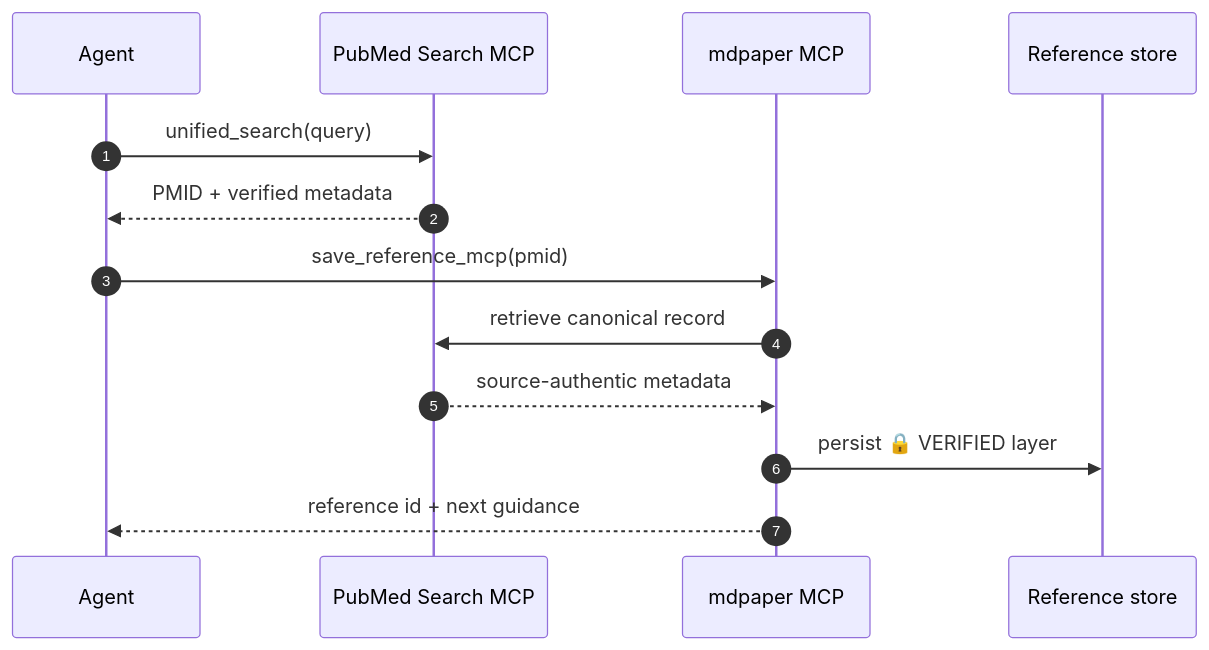
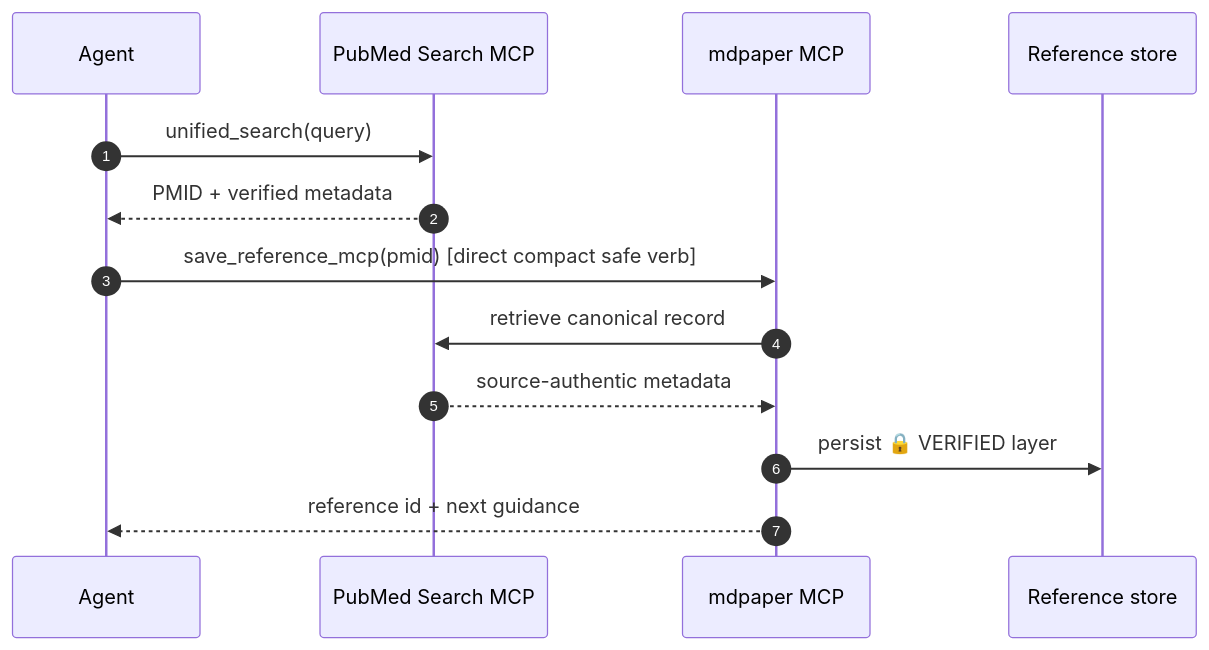
The second of 4 diagrams in docs/wiki/evidence-and-citations.md (u9401066/med-paper-assistant), drawn with Mermaid before and after one commit. The commit also changed other lines of this file and 36 other files, not shown here.

````diff
--- a/docs/wiki/evidence-and-citations.md
+++ b/docs/wiki/evidence-and-citations.md
@@ -39,16 +39,16 @@
 ```mermaid
 sequenceDiagram
     autonumber
     participant A as Agent
     participant P as PubMed Search MCP
     participant M as mdpaper MCP
     participant R as Reference store
 
     A->>P: unified_search(query)
     P-->>A: PMID + verified metadata
-    A->>M: save_reference_mcp(pmid)
+    A->>M: save_reference_mcp(pmid) [direct compact safe verb]
     M->>P: retrieve canonical record
     P-->>M: source-authentic metadata
     M->>R: persist 🔒 VERIFIED layer
     M-->>A: reference id + next guidance
 ```
````
